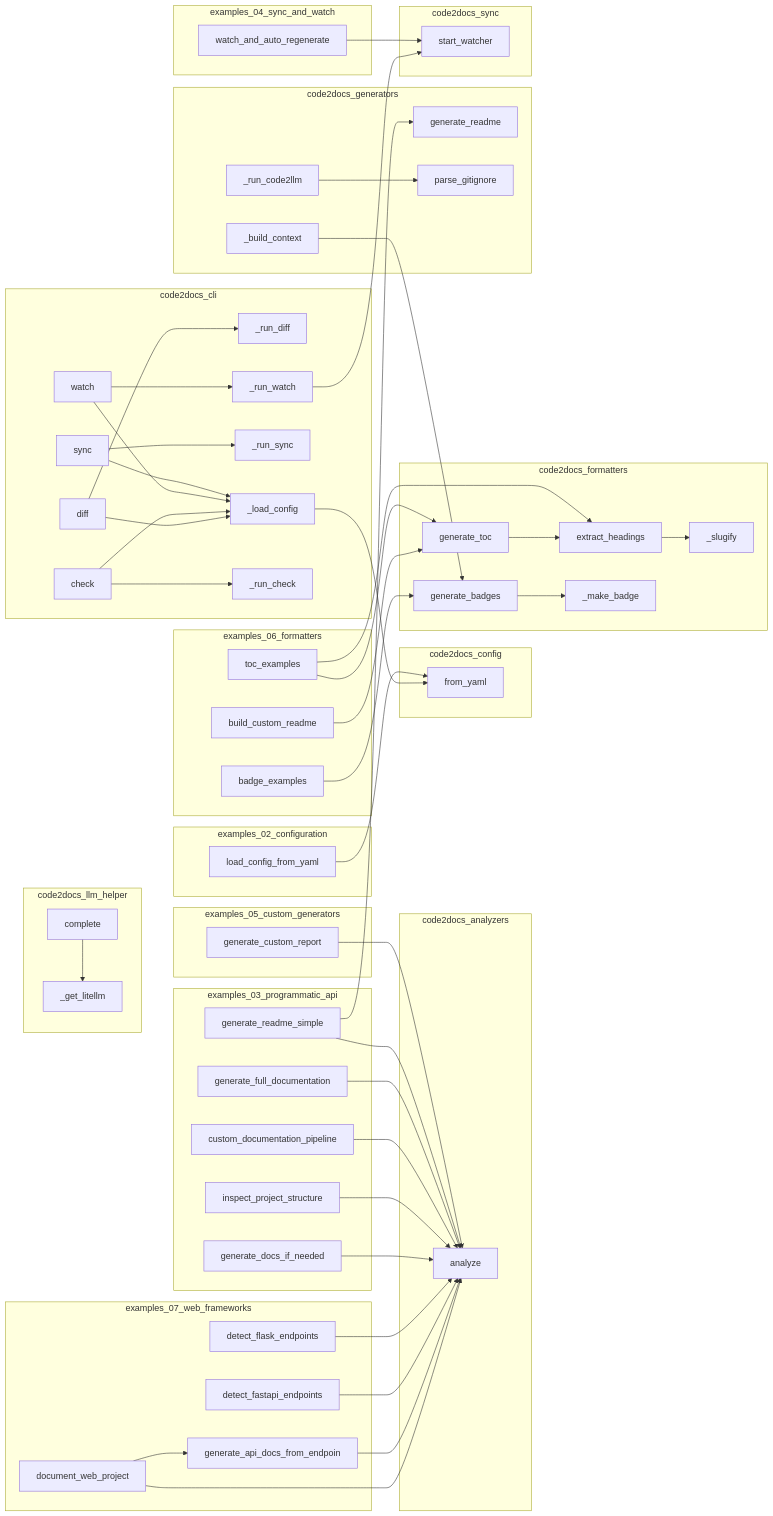
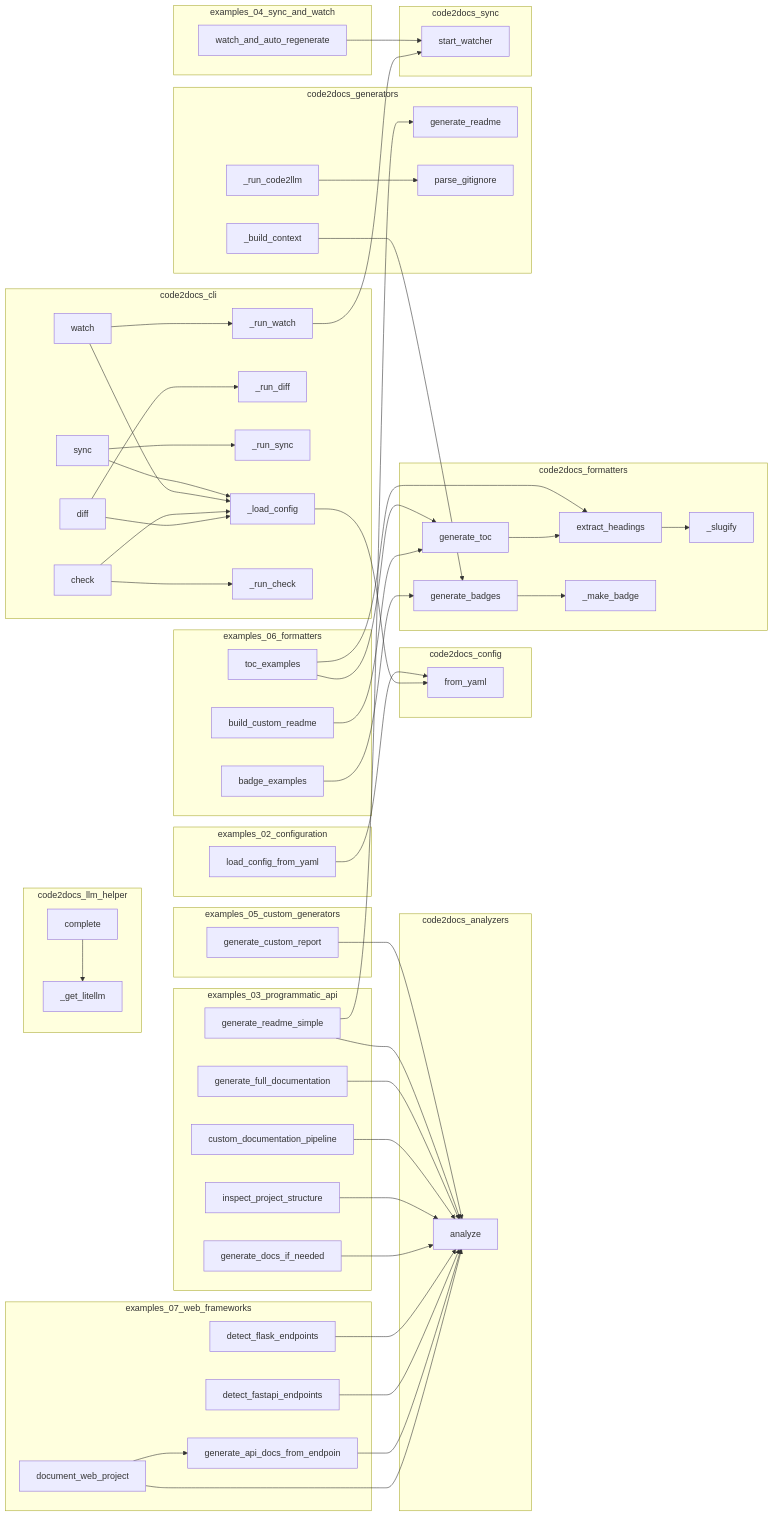
One commit to semcod/code2docs changed the diagram in project/calls.mmd. Above: the diagram before and after it, drawn with Mermaid. The commit also changed other lines of this file and 15 other files, not shown here.

```diff
--- a/project/calls.mmd
+++ b/project/calls.mmd
@@ -1,99 +1,99 @@
 flowchart LR
     subgraph code2docs_analyzers
         code2docs__analyze["analyze"]
     end
     subgraph code2docs_cli
+        code2docs__cli__watch["watch"]
+        code2docs__cli__diff["diff"]
+        code2docs__cli___load_config["_load_config"]
+        code2docs__cli__sync["sync"]
         code2docs__cli___run_diff["_run_diff"]
-        code2docs__cli__watch["watch"]
-        code2docs__cli___load_config["_load_config"]
+        code2docs__cli___run_sync["_run_sync"]
         code2docs__cli__check["check"]
-        code2docs__cli__sync["sync"]
-        code2docs__cli___run_sync["_run_sync"]
-        code2docs__cli__diff["diff"]
         code2docs__cli___run_watch["_run_watch"]
         code2docs__cli___run_check["_run_check"]
     end
     subgraph code2docs_config
         code2docs__config__Code2DocsConfig__from_yaml["from_yaml"]
     end
     subgraph code2docs_formatters
+        code2docs__formatters__badges__generate_badges["generate_badges"]
         code2docs__formatters__toc__extract_headings["extract_headings"]
+        code2docs__formatters__toc__generate_toc["generate_toc"]
+        code2docs__formatters__toc___slugify["_slugify"]
         code2docs__formatters__badges___make_badge["_make_badge"]
-        code2docs__formatters__badges__generate_badges["generate_badges"]
-        code2docs__formatters__toc___slugify["_slugify"]
-        code2docs__formatters__toc__generate_toc["generate_toc"]
     end
     subgraph code2docs_generators
         code2docs__generators__readme_gen__generate_readme["generate_readme"]
         code2docs___build_context["_build_context"]
+        code2docs__parse_gitignore["parse_gitignore"]
         code2docs___run_code2llm["_run_code2llm"]
-        code2docs__parse_gitignore["parse_gitignore"]
     end
     subgraph code2docs_llm_helper
         code2docs__llm_helper__LLMHelper__complete["complete"]
         code2docs__llm_helper___get_litellm["_get_litellm"]
     end
     subgraph code2docs_sync
         code2docs__sync__watcher__start_watcher["start_watcher"]
     end
     subgraph examples_02_configuration
         examples__02_configuration__load_config_from_yaml["load_config_from_yaml"]
     end
     subgraph examples_03_programmatic_api
+        examples__inspect_project_structure["inspect_project_structure"]
         examples__generate_docs_if_needed["generate_docs_if_needed"]
+        examples__generate_readme_simple["generate_readme_simple"]
         examples__generate_full_documentation["generate_full_documentation"]
         examples__custom_documentation_pipeline["custom_documentation_pipeline"]
-        examples__inspect_project_structure["inspect_project_structure"]
-        examples__generate_readme_simple["generate_readme_simple"]
     end
     subgraph examples_04_sync_and_watch
         examples__watch_and_auto_regenerate["watch_and_auto_regenerate"]
     end
     subgraph examples_05_custom_generators
         examples__generate_custom_report["generate_custom_report"]
     end
     subgraph examples_06_formatters
+        examples__06_formatters__build_custom_readme["build_custom_readme"]
+        examples__06_formatters__toc_examples["toc_examples"]
         examples__06_formatters__badge_examples["badge_examples"]
-        examples__06_formatters__toc_examples["toc_examples"]
-        examples__06_formatters__build_custom_readme["build_custom_readme"]
     end
     subgraph examples_07_web_frameworks
+        examples__detect_flask_endpoints["detect_flask_endpoints"]
+        examples__07_web_frameworks__document_web_project["document_web_project"]
         examples__generate_api_docs_from_endpoints["generate_api_docs_from_endpoin"]
         examples__detect_fastapi_endpoints["detect_fastapi_endpoints"]
-        examples__07_web_frameworks__document_web_project["document_web_project"]
-        examples__detect_flask_endpoints["detect_flask_endpoints"]
     end
     code2docs__llm_helper__LLMHelper__complete --> code2docs__llm_helper___get_litellm
     examples__watch_and_auto_regenerate --> code2docs__sync__watcher__start_watcher
     examples__generate_custom_report --> code2docs__analyze
     examples__06_formatters__badge_examples --> code2docs__formatters__badges__generate_badges
     examples__06_formatters__toc_examples --> code2docs__formatters__toc__generate_toc
     examples__06_formatters__toc_examples --> code2docs__formatters__toc__extract_headings
     examples__06_formatters__build_custom_readme --> code2docs__formatters__toc__generate_toc
     examples__generate_readme_simple --> code2docs__analyze
     examples__generate_readme_simple --> code2docs__generators__readme_gen__generate_readme
     examples__generate_full_documentation --> code2docs__analyze
     examples__custom_documentation_pipeline --> code2docs__analyze
     examples__inspect_project_structure --> code2docs__analyze
     examples__generate_docs_if_needed --> code2docs__analyze
     examples__detect_flask_endpoints --> code2docs__analyze
     examples__detect_fastapi_endpoints --> code2docs__analyze
     examples__generate_api_docs_from_endpoints --> code2docs__analyze
     examples__07_web_frameworks__document_web_project --> code2docs__analyze
     examples__07_web_frameworks__document_web_project --> examples__generate_api_docs_from_endpoints
     examples__02_configuration__load_config_from_yaml --> code2docs__config__Code2DocsConfig__from_yaml
     code2docs__formatters__badges__generate_badges --> code2docs__formatters__badges___make_badge
     code2docs__formatters__toc__generate_toc --> code2docs__formatters__toc__extract_headings
     code2docs__formatters__toc__extract_headings --> code2docs__formatters__toc___slugify
     code2docs___run_code2llm --> code2docs__parse_gitignore
     code2docs___build_context --> code2docs__formatters__badges__generate_badges
     code2docs__cli__sync --> code2docs__cli___load_config
     code2docs__cli__sync --> code2docs__cli___run_sync
     code2docs__cli__watch --> code2docs__cli___load_config
     code2docs__cli__watch --> code2docs__cli___run_watch
     code2docs__cli__check --> code2docs__cli___load_config
     code2docs__cli__check --> code2docs__cli___run_check
     code2docs__cli__diff --> code2docs__cli___load_config
     code2docs__cli__diff --> code2docs__cli___run_diff
     code2docs__cli___load_config --> code2docs__config__Code2DocsConfig__from_yaml
     code2docs__cli___run_watch --> code2docs__sync__watcher__start_watcher
```
